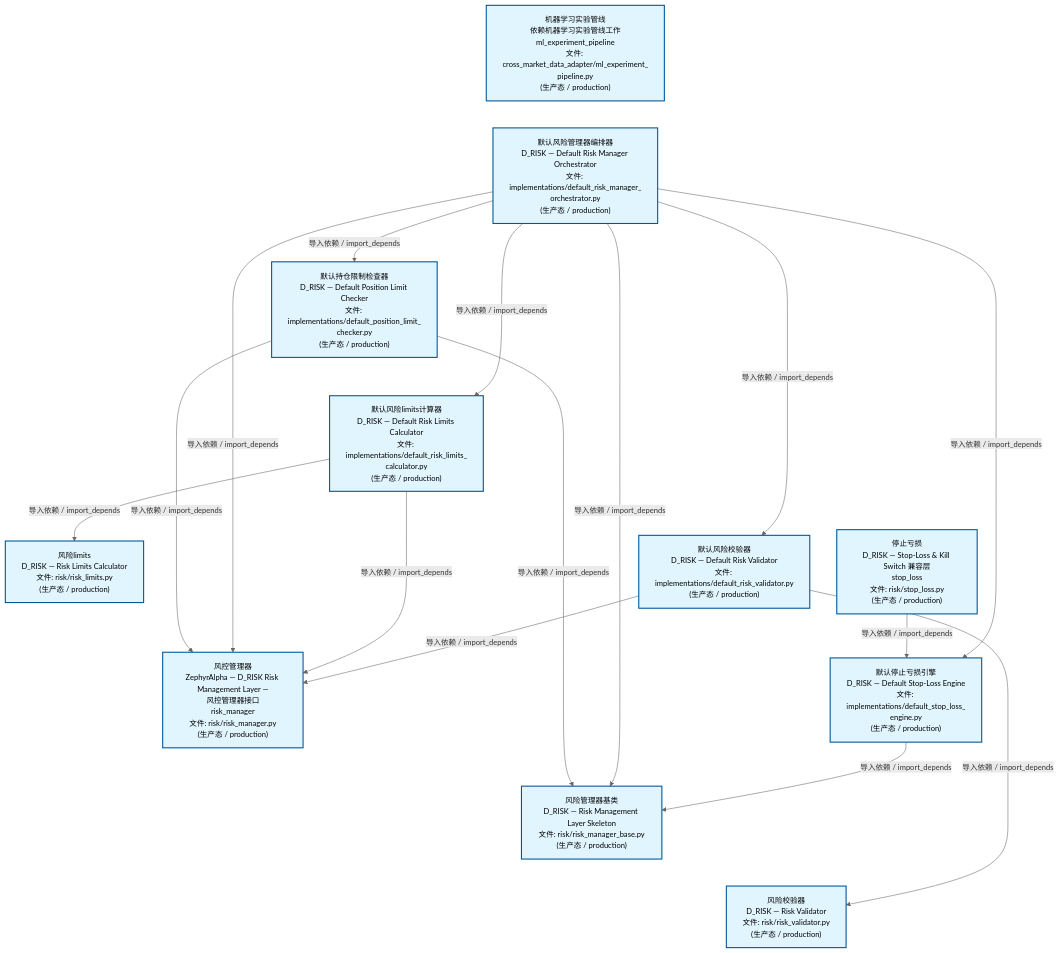
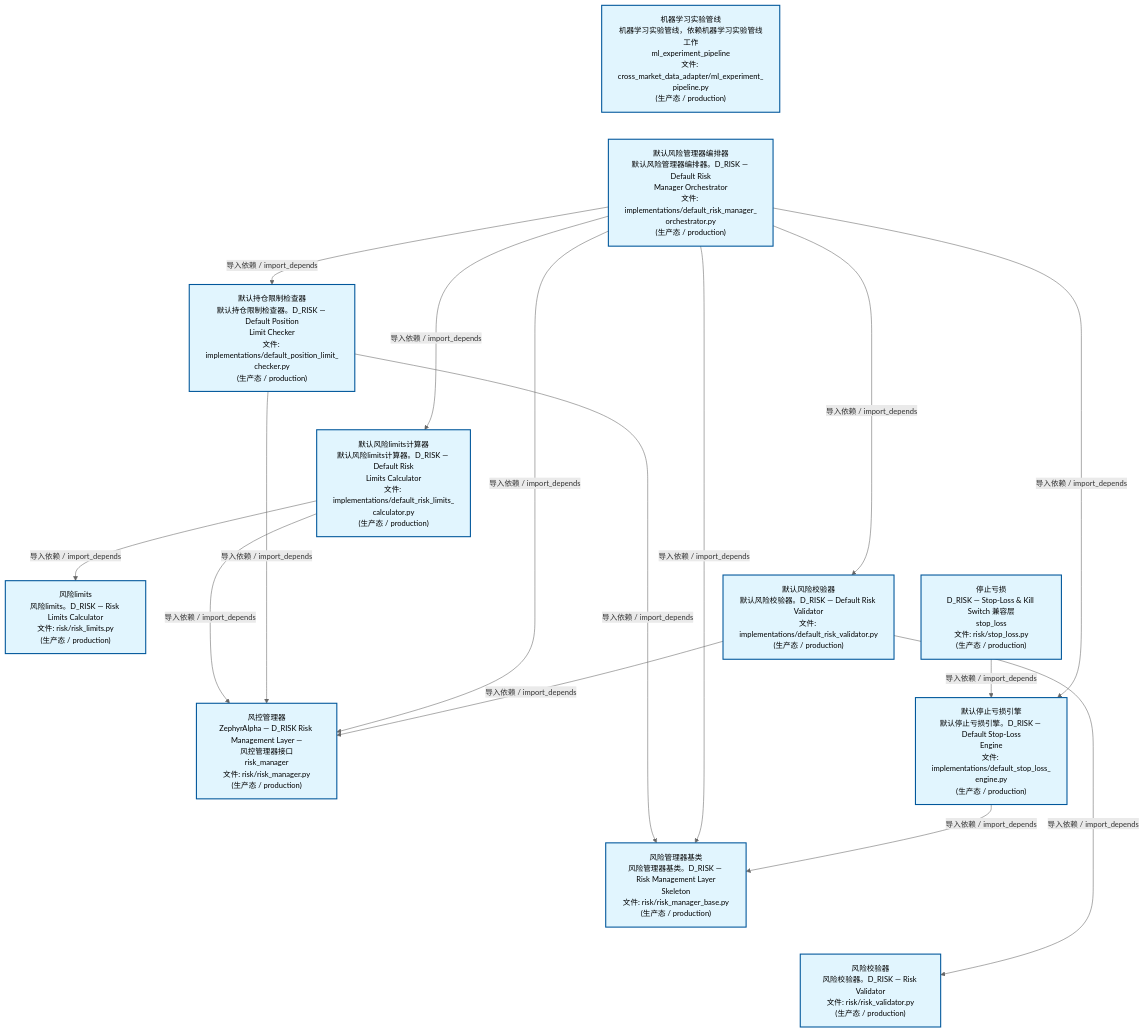
Before and after one commit to xuanFelixVan/ZephyrAlpha: the second of 4 diagrams in docs/02_enterprise_architecture/02_domain_architecture_docs/65_d_risk.md, drawn with Mermaid. The commit also changed other lines of this file and 63 other files, not shown here.

````diff
--- a/docs/02_enterprise_architecture/02_domain_architecture_docs/65_d_risk.md
+++ b/docs/02_enterprise_architecture/02_domain_architecture_docs/65_d_risk.md
@@ -136,42 +136,42 @@
 ```mermaid
 %%{init: {'theme': 'base', 'themeVariables': {'primaryColor': '#eaeaea', 'primaryTextColor': '#333333', 'primaryBorderColor': '#666666', 'lineColor': '#666666', 'secondaryColor': '#eaeaea', 'tertiaryColor': '#eaeaea', 'fontSize': '14px'}}}%%
 flowchart TD
-    src_zephyr_risk_cross_asset_cross_market_data_adapter_ml_experiment_pipeline_py["机器学习实验管线<br/>依赖机器学习实验管线工作<br/>ml_experiment_pipeline<br/>文件: cross_market_data_adapter/ml_experiment_<br/>pipeline.py<br/>(生产态 / production)"]
-    src_zephyr_risk_implementations_default_risk_manager_orchestrator_py["默认风险管理器编排器<br/>D_RISK — Default Risk Manager Orchestrator<br/>文件: implementations/default_risk_manager_<br/>orchestrator.py<br/>(生产态 / production)"]
+    src_zephyr_risk_cross_asset_cross_market_data_adapter_ml_experiment_pipeline_py["机器学习实验管线<br/>机器学习实验管线，依赖机器学习实验管线工作<br/>ml_experiment_pipeline<br/>文件: cross_market_data_adapter/ml_experiment_<br/>pipeline.py<br/>(生产态 / production)"]
+    src_zephyr_risk_implementations_default_risk_manager_orchestrator_py["默认风险管理器编排器<br/>默认风险管理器编排器。D_RISK — Default Risk<br/>Manager Orchestrator<br/>文件: implementations/default_risk_manager_<br/>orchestrator.py<br/>(生产态 / production)"]
     src_zephyr_risk_stop_loss_py["停止亏损<br/>D_RISK — Stop-Loss & Kill Switch 兼容层<br/>stop_loss<br/>文件: risk/stop_loss.py<br/>(生产态 / production)"]
     src_zephyr_risk_cross_asset_cross_market_data_adapter_ml_experiment_pipeline_py ~~~ src_zephyr_risk_implementations_default_risk_manager_orchestrator_py
     src_zephyr_risk_implementations_default_risk_manager_orchestrator_py ~~~ src_zephyr_risk_stop_loss_py
-    src_zephyr_risk_implementations_default_position_limit_checker_py["默认持仓限制检查器<br/>D_RISK — Default Position Limit Checker<br/>文件: implementations/default_position_limit_<br/>checker.py<br/>(生产态 / production)"]
-    src_zephyr_risk_implementations_default_risk_limits_calculator_py["默认风险limits计算器<br/>D_RISK — Default Risk Limits Calculator<br/>文件: implementations/default_risk_limits_<br/>calculator.py<br/>(生产态 / production)"]
-    src_zephyr_risk_implementations_default_risk_validator_py["默认风险校验器<br/>D_RISK — Default Risk Validator<br/>文件: implementations/default_risk_validator.py<br/>(生产态 / production)"]
-    src_zephyr_risk_implementations_default_stop_loss_engine_py["默认停止亏损引擎<br/>D_RISK — Default Stop-Loss Engine<br/>文件: implementations/default_stop_loss_<br/>engine.py<br/>(生产态 / production)"]
+    src_zephyr_risk_implementations_default_position_limit_checker_py["默认持仓限制检查器<br/>默认持仓限制检查器。D_RISK — Default Position<br/>Limit Checker<br/>文件: implementations/default_position_limit_<br/>checker.py<br/>(生产态 / production)"]
+    src_zephyr_risk_implementations_default_risk_limits_calculator_py["默认风险limits计算器<br/>默认风险limits计算器。D_RISK — Default Risk<br/>Limits Calculator<br/>文件: implementations/default_risk_limits_<br/>calculator.py<br/>(生产态 / production)"]
+    src_zephyr_risk_implementations_default_risk_validator_py["默认风险校验器<br/>默认风险校验器。D_RISK — Default Risk Validator<br/>文件: implementations/default_risk_validator.py<br/>(生产态 / production)"]
+    src_zephyr_risk_implementations_default_stop_loss_engine_py["默认停止亏损引擎<br/>默认停止亏损引擎。D_RISK — Default Stop-Loss<br/>Engine<br/>文件: implementations/default_stop_loss_<br/>engine.py<br/>(生产态 / production)"]
     src_zephyr_risk_implementations_default_position_limit_checker_py ~~~ src_zephyr_risk_implementations_default_risk_limits_calculator_py
     src_zephyr_risk_implementations_default_risk_limits_calculator_py ~~~ src_zephyr_risk_implementations_default_risk_validator_py
     src_zephyr_risk_implementations_default_risk_validator_py ~~~ src_zephyr_risk_implementations_default_stop_loss_engine_py
-    src_zephyr_risk_risk_limits_py["风险limits<br/>D_RISK — Risk Limits Calculator<br/>文件: risk/risk_limits.py<br/>(生产态 / production)"]
+    src_zephyr_risk_risk_limits_py["风险limits<br/>风险limits。D_RISK — Risk Limits Calculator<br/>文件: risk/risk_limits.py<br/>(生产态 / production)"]
     src_zephyr_risk_risk_manager_py["风控管理器<br/>ZephyrAlpha — D_RISK Risk Management Layer —<br/>风控管理器接口<br/>risk_manager<br/>文件: risk/risk_manager.py<br/>(生产态 / production)"]
-    src_zephyr_risk_risk_manager_base_py["风险管理器基类<br/>D_RISK — Risk Management Layer Skeleton<br/>文件: risk/risk_manager_base.py<br/>(生产态 / production)"]
-    src_zephyr_risk_risk_validator_py["风险校验器<br/>D_RISK — Risk Validator<br/>文件: risk/risk_validator.py<br/>(生产态 / production)"]
+    src_zephyr_risk_risk_manager_base_py["风险管理器基类<br/>风险管理器基类。D_RISK — Risk Management Layer<br/>Skeleton<br/>文件: risk/risk_manager_base.py<br/>(生产态 / production)"]
+    src_zephyr_risk_risk_validator_py["风险校验器<br/>风险校验器。D_RISK — Risk Validator<br/>文件: risk/risk_validator.py<br/>(生产态 / production)"]
     src_zephyr_risk_risk_limits_py ~~~ src_zephyr_risk_risk_manager_py
     src_zephyr_risk_risk_manager_py ~~~ src_zephyr_risk_risk_manager_base_py
     src_zephyr_risk_risk_manager_base_py ~~~ src_zephyr_risk_risk_validator_py
     src_zephyr_risk_stop_loss_py -->|导入依赖 / import_depends| src_zephyr_risk_implementations_default_stop_loss_engine_py
+    src_zephyr_risk_implementations_default_risk_limits_calculator_py -->|导入依赖 / import_depends| src_zephyr_risk_risk_limits_py
+    src_zephyr_risk_implementations_default_risk_limits_calculator_py -->|导入依赖 / import_depends| src_zephyr_risk_risk_manager_py
+    src_zephyr_risk_implementations_default_position_limit_checker_py -->|导入依赖 / import_depends| src_zephyr_risk_risk_manager_base_py
     src_zephyr_risk_implementations_default_position_limit_checker_py -->|导入依赖 / import_depends| src_zephyr_risk_risk_manager_py
-    src_zephyr_risk_implementations_default_position_limit_checker_py -->|导入依赖 / import_depends| src_zephyr_risk_risk_manager_base_py
+    src_zephyr_risk_implementations_default_risk_manager_orchestrator_py -->|导入依赖 / import_depends| src_zephyr_risk_risk_manager_base_py
     src_zephyr_risk_implementations_default_risk_manager_orchestrator_py -->|导入依赖 / import_depends| src_zephyr_risk_risk_manager_py
-    src_zephyr_risk_implementations_default_risk_manager_orchestrator_py -->|导入依赖 / import_depends| src_zephyr_risk_risk_manager_base_py
+    src_zephyr_risk_implementations_default_risk_manager_orchestrator_py -->|导入依赖 / import_depends| src_zephyr_risk_implementations_default_risk_limits_calculator_py
     src_zephyr_risk_implementations_default_risk_manager_orchestrator_py -->|导入依赖 / import_depends| src_zephyr_risk_implementations_default_position_limit_checker_py
-    src_zephyr_risk_implementations_default_risk_manager_orchestrator_py -->|导入依赖 / import_depends| src_zephyr_risk_implementations_default_risk_limits_calculator_py
+    src_zephyr_risk_implementations_default_risk_manager_orchestrator_py -->|导入依赖 / import_depends| src_zephyr_risk_implementations_default_stop_loss_engine_py
     src_zephyr_risk_implementations_default_risk_manager_orchestrator_py -->|导入依赖 / import_depends| src_zephyr_risk_implementations_default_risk_validator_py
-    src_zephyr_risk_implementations_default_risk_manager_orchestrator_py -->|导入依赖 / import_depends| src_zephyr_risk_implementations_default_stop_loss_engine_py
-    src_zephyr_risk_implementations_default_risk_limits_calculator_py -->|导入依赖 / import_depends| src_zephyr_risk_risk_manager_py
-    src_zephyr_risk_implementations_default_risk_limits_calculator_py -->|导入依赖 / import_depends| src_zephyr_risk_risk_limits_py
+    src_zephyr_risk_implementations_default_stop_loss_engine_py -->|导入依赖 / import_depends| src_zephyr_risk_risk_manager_base_py
+    src_zephyr_risk_implementations_default_risk_validator_py -->|导入依赖 / import_depends| src_zephyr_risk_risk_validator_py
     src_zephyr_risk_implementations_default_risk_validator_py -->|导入依赖 / import_depends| src_zephyr_risk_risk_manager_py
-    src_zephyr_risk_implementations_default_risk_validator_py -->|导入依赖 / import_depends| src_zephyr_risk_risk_validator_py
-    src_zephyr_risk_implementations_default_stop_loss_engine_py -->|导入依赖 / import_depends| src_zephyr_risk_risk_manager_base_py
     classDef production fill:#e1f5fe,stroke:#01579b,stroke-width:2px,color:#000
     classDef design fill:#fff3e0,stroke:#e65100,stroke-width:2px,color:#000,stroke-dasharray: 5 5
     classDef external_prod fill:#e8f4fd,stroke:#0277bd,stroke-width:1px,color:#000
     classDef external_design fill:#fff8e7,stroke:#ef6c00,stroke-width:1px,color:#000,stroke-dasharray: 5 5
     class src_zephyr_risk_cross_asset_cross_market_data_adapter_ml_experiment_pipeline_py,src_zephyr_risk_implementations_default_position_limit_checker_py,src_zephyr_risk_implementations_default_risk_limits_calculator_py,src_zephyr_risk_implementations_default_risk_manager_orchestrator_py,src_zephyr_risk_implementations_default_risk_validator_py,src_zephyr_risk_implementations_default_stop_loss_engine_py,src_zephyr_risk_risk_limits_py,src_zephyr_risk_risk_manager_py,src_zephyr_risk_risk_manager_base_py,src_zephyr_risk_risk_validator_py,src_zephyr_risk_stop_loss_py production
 ```
````
